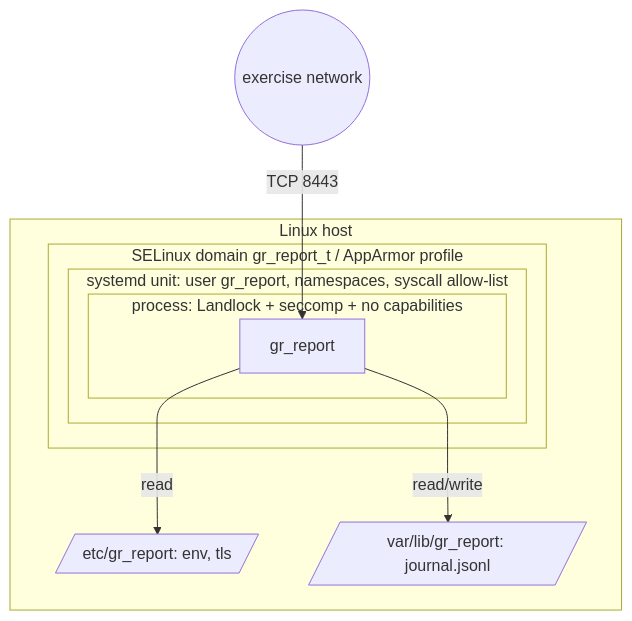
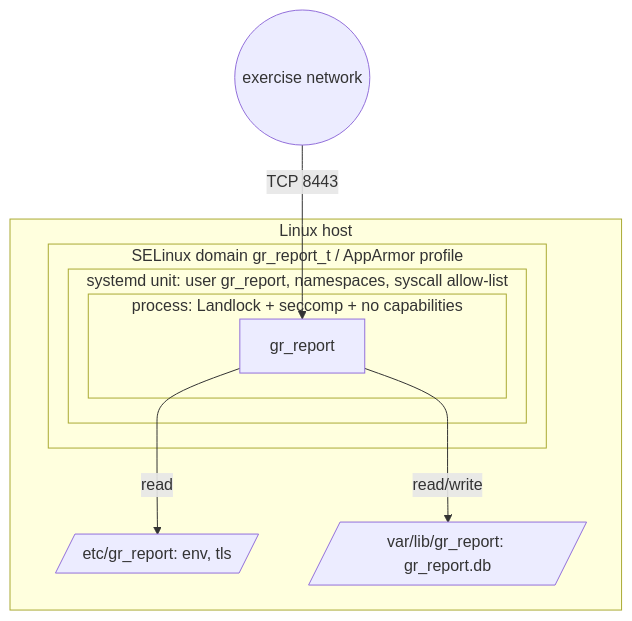
One commit to rom/gr_report changed the sixth of 6 diagrams in docs/architecture.md. Above: the diagram before and after it, drawn with Mermaid. The commit also changed other lines of this file and 69 other files, not shown here.

````diff
--- a/docs/architecture.md
+++ b/docs/architecture.md
@@ -166,17 +179,17 @@
 ```mermaid
 flowchart TB
   subgraph host[Linux host]
     subgraph mac[SELinux domain gr_report_t / AppArmor profile]
       subgraph unit[systemd unit: user gr_report, namespaces, syscall allow-list]
         subgraph proc[process: Landlock + seccomp + no capabilities]
           bin[gr_report]
         end
       end
     end
     etc[/etc/gr_report: env, tls/]
-    var[/var/lib/gr_report: journal.jsonl/]
+    var[/var/lib/gr_report: gr_report.db/]
   end
   bin -- read --> etc
   bin -- read/write --> var
   net((exercise network)) -- TCP 8443 --> bin
 ```
````
